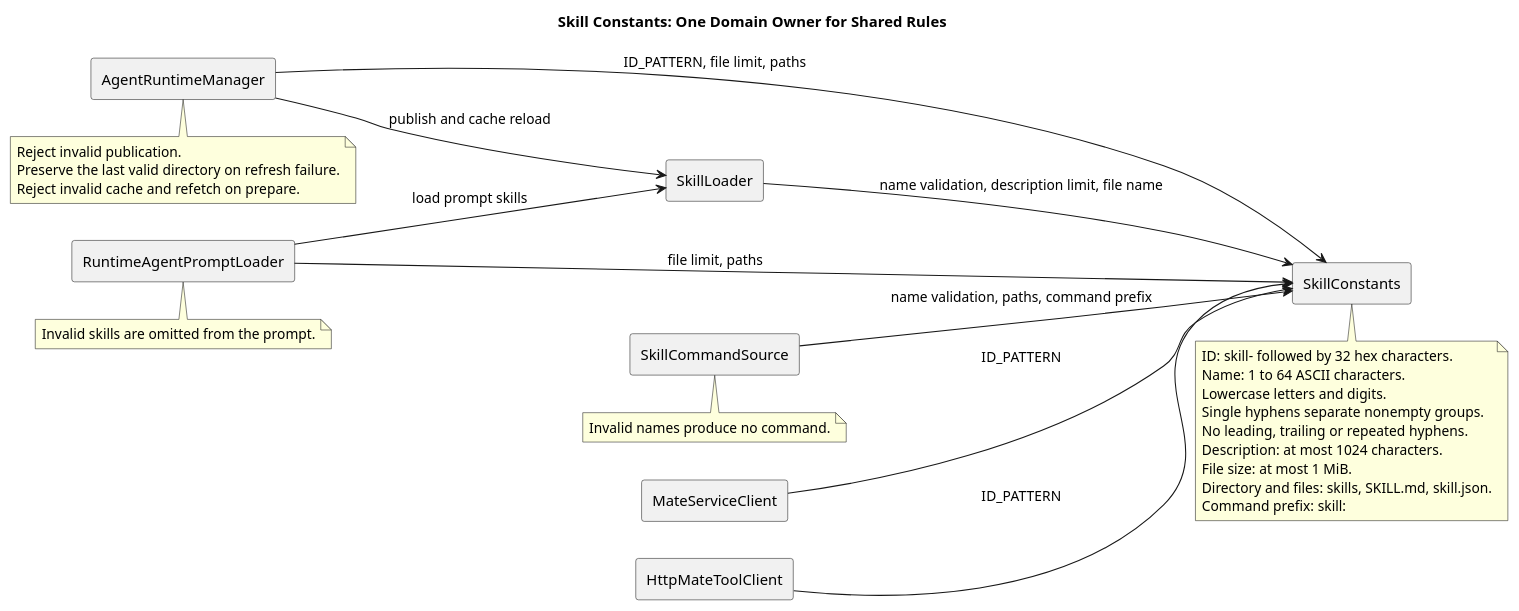
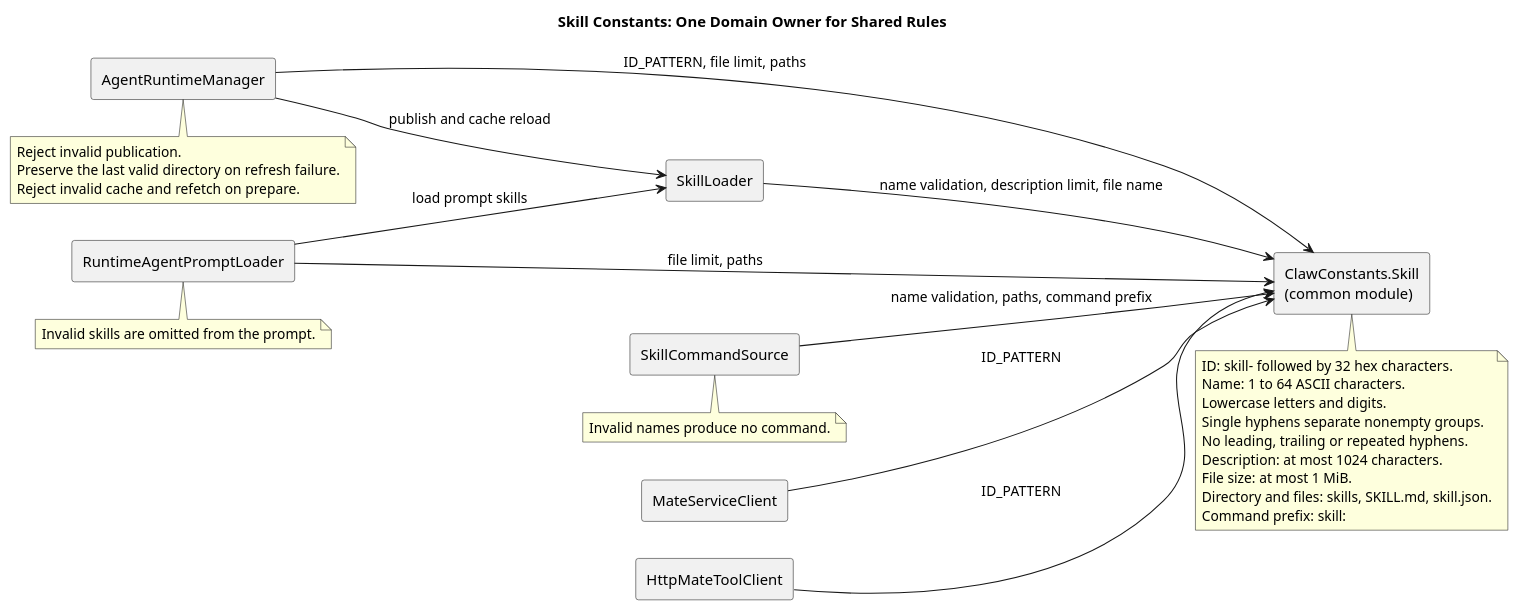
The diagram in docs/designs/skill-name-validation/diagram.puml (2862282695gjh-afk/pi-mono-java), drawn with PlantUML before and after one commit. The commit also changed 90 other files, not shown here.

Commit message:
refactor(common): 将共享常量集中到 ClawConstants

```diff
--- a/docs/designs/skill-name-validation/diagram.puml
+++ b/docs/designs/skill-name-validation/diagram.puml
@@ -1,63 +1,66 @@
 @startuml skill_name_validation
 title Skill Constants: One Domain Owner for Shared Rules
 ' Source baseline: pi-mono-java@2c2092f2fa764a7aa7b47da841299f8866d7a151.
 ' Source evidence: modules/coding-agent-cli/src/main/java/com/campusclaw/codingagent/skill/SkillLoader.java validateName, loadFromFile.
 ' Source evidence: modules/coding-agent-cli/src/main/java/com/campusclaw/codingagent/skill/SkillNamePatterns.java LEGACY_REGEX, STRICT_REGEX.
 ' Source evidence: modules/coding-agent-cli/src/main/java/com/campusclaw/codingagent/runtime/AgentRuntimeManager.java requireSessionLoadable, writeSkills, loadSkill.
 ' Source evidence: modules/coding-agent-cli/src/main/java/com/campusclaw/codingagent/runtimeapi/agent/RuntimeAgentPromptLoader.java loadSkill.
 ' Source evidence: modules/coding-agent-cli/src/main/java/com/campusclaw/codingagent/runtimeapi/service/command/SkillCommandSource.java resolved.
 ' Observed behavior: the baseline loads names with invalid hyphens but excludes them from command discovery.
 ' Follow-up baseline: pi-mono-java@cf4f929af2d407d3673bfabac0c311831fb570c7.
 ' Source evidence: modules/coding-agent-cli/src/main/java/com/campusclaw/codingagent/common/identifier/ResourceIdentifierPatterns.java SKILL_ID_REGEX, SKILL_ID_PATTERN.
 ' Source evidence: modules/coding-agent-cli/src/main/java/com/campusclaw/codingagent/runtime/MateServiceClient.java querySkillInfo.
 ' Source evidence: modules/coding-agent-cli/src/main/java/com/campusclaw/codingagent/common/client/HttpMateToolClient.java listSkillTools.
 ' Constant ownership baseline: pi-mono-java@c0e2915230e73f626a5ede99f0fc3b3412bbff0b.
 ' Source evidence: modules/coding-agent-cli/src/main/java/com/campusclaw/codingagent/skill/Skill.java MAX_DESCRIPTION_LENGTH, MAX_FILE_BYTES.
 ' Source evidence: modules/coding-agent-cli/src/main/java/com/campusclaw/codingagent/skill/SkillPatterns.java MAX_NAME_LENGTH, ID_PATTERN, NAME_PATTERN.
 ' Source evidence: modules/coding-agent-cli/src/main/java/com/campusclaw/codingagent/skill/SkillLoader.java SKILL_FILENAME.
 ' Source evidence: modules/coding-agent-cli/src/main/java/com/campusclaw/codingagent/runtime/AgentRuntimeManager.java SKILL_FILE, SKILL_MANIFEST_FILE.
 ' Source evidence: modules/coding-agent-cli/src/main/java/com/campusclaw/codingagent/runtimeapi/service/command/SkillCommandSource.java COMMAND_PREFIX, SKILL_MARKDOWN_FILE.
-' Architecture change: SkillConstants owns patterns, shared limits, directory and file names, and command prefix; Skill carries data only.
-' Target product constraint: remove invalid-name compatibility; SkillConstants owns NAME_REGEX, NAME_PATTERN and isValidName.
+' Shared constant baseline: ee3fdb4893228045f06b9b1d1b3b3bb505812c73.
+' Source evidence: modules/coding-agent-cli/src/main/java/com/campusclaw/codingagent/skill/SkillConstants.java.
+' Target owner: modules/common/src/main/java/com/campusclaw/common/constant/ClawConstants.java Skill.
+' Architecture change: ClawConstants.Skill owns patterns, shared limits, directory and file names, and command prefix; Skill carries data only.
+' Target product constraint: remove invalid-name compatibility; ClawConstants.Skill owns NAME_REGEX, NAME_PATTERN and isValidName.
 ' Design reason: one accepted name set prevents inconsistent loading and discovery without renaming resource identities.
 skinparam shadowing false
 skinparam componentStyle rectangle
 left to right direction
 component AgentRuntimeManager as Runtime
 component RuntimeAgentPromptLoader as Prompt
 component SkillLoader as Loader
 component SkillCommandSource as Commands
-component SkillConstants as Constants
+component "ClawConstants.Skill\n(common module)" as Constants
 component MateServiceClient as MetadataClient
 component HttpMateToolClient as ToolClient
 Runtime --> Loader : publish and cache reload
 Prompt --> Loader : load prompt skills
 Loader --> Constants : name validation, description limit, file name
 Commands --> Constants : name validation, paths, command prefix
 Runtime --> Constants : ID_PATTERN, file limit, paths
 Prompt --> Constants : file limit, paths
 MetadataClient --> Constants : ID_PATTERN
 ToolClient --> Constants : ID_PATTERN
 note bottom of Constants
 ID: skill- followed by 32 hex characters.
 Name: 1 to 64 ASCII characters.
 Lowercase letters and digits.
 Single hyphens separate nonempty groups.
 No leading, trailing or repeated hyphens.
 Description: at most 1024 characters.
 File size: at most 1 MiB.
 Directory and files: skills, SKILL.md, skill.json.
 Command prefix: skill:
 end note
 note bottom of Runtime
 Reject invalid publication.
 Preserve the last valid directory on refresh failure.
 Reject invalid cache and refetch on prepare.
 end note
 note bottom of Prompt
 Invalid skills are omitted from the prompt.
 end note
 note bottom of Commands
 Invalid names produce no command.
 end note
 @enduml
```
